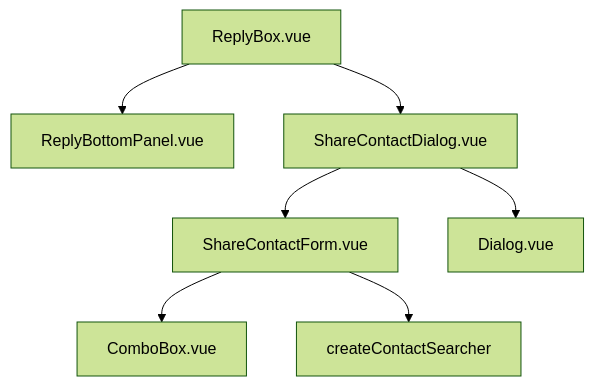
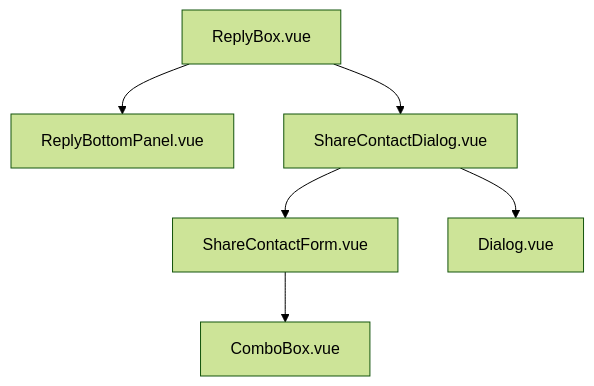
One commit to cesar-carlos/chatwoot changed the diagram in doc/feature/share-contact-card/ui-design.md. Above: the diagram before and after it, drawn with Mermaid (forest theme). The commit also changed other lines of this file and 9 other files, not shown here.

````diff
--- a/doc/feature/share-contact-card/ui-design.md
+++ b/doc/feature/share-contact-card/ui-design.md
@@ -35,17 +20,15 @@
 ```mermaid
 flowchart TD
   RB[ReplyBox.vue]
   RBP[ReplyBottomPanel.vue]
   SCD[ShareContactDialog.vue]
   SF[ShareContactForm.vue]
   D[Dialog.vue]
   CB[ComboBox.vue]
-  CS[createContactSearcher]
 
   RB --> RBP
   RB --> SCD
   SCD --> D
   SCD --> SF
   SF --> CB
-  SF --> CS
 ```
````
